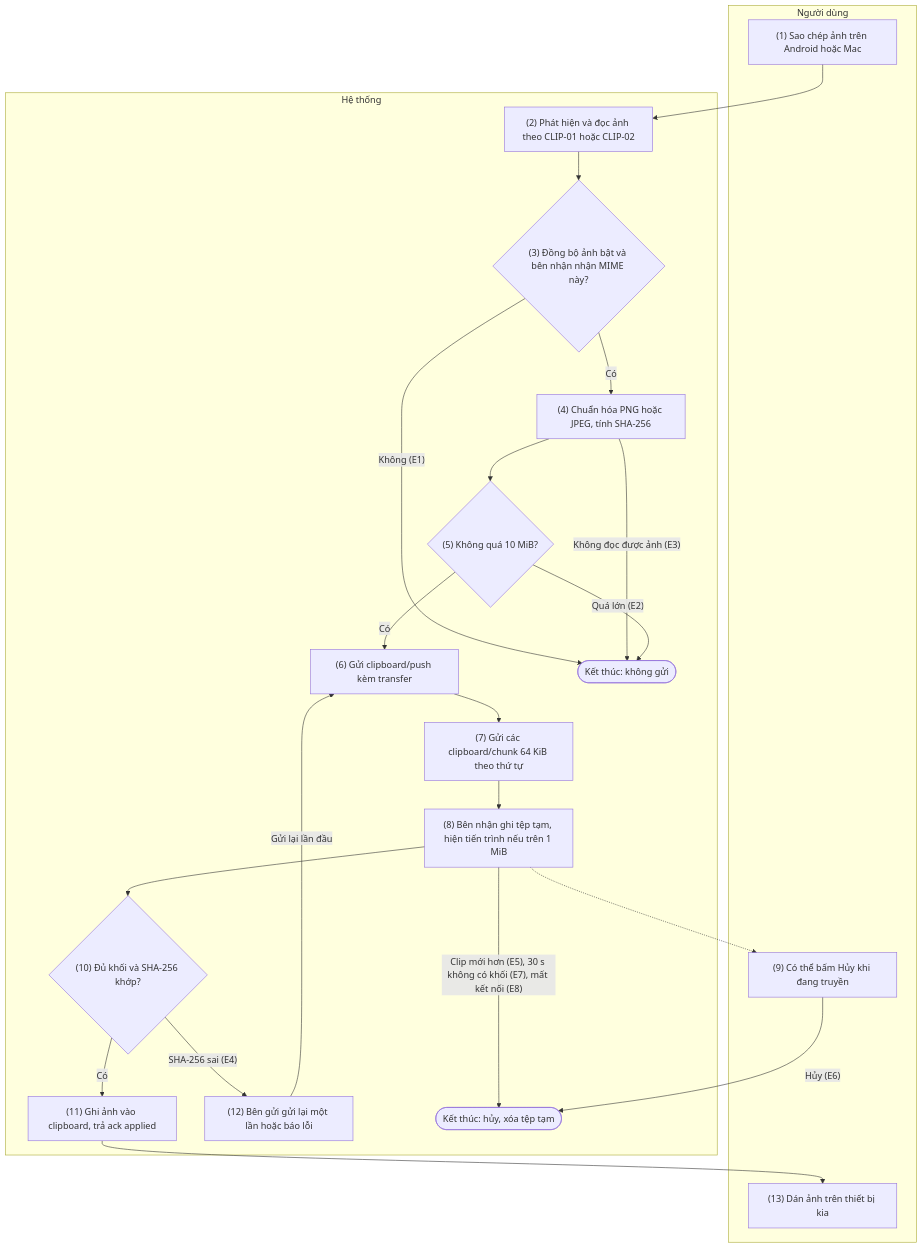
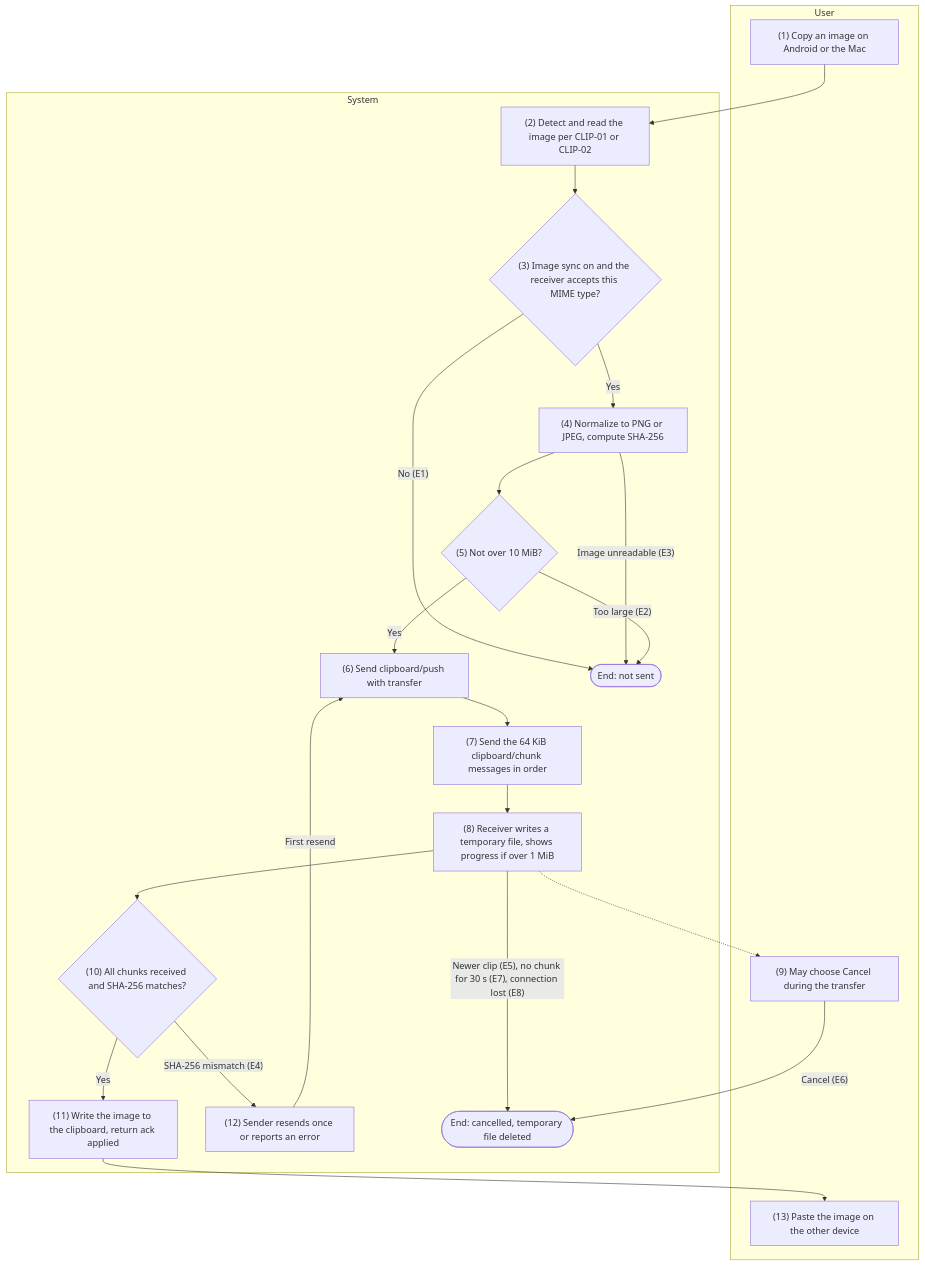
One commit to HandLive/handlive changed the third of 5 diagrams in docs/detailed-design/04-clipboard.md. Above: the diagram before and after it, drawn with Mermaid. The commit also changed other lines of this file and 1 other file, not shown here.

Commit message:
docs: translate docs/detailed-design/04-clipboard.md into English

````diff
--- a/docs/detailed-design/04-clipboard.md
+++ b/docs/detailed-design/04-clipboard.md
@@ -804,35 +821,35 @@
 ```mermaid
 flowchart TB
-  subgraph ND["Người dùng"]
-    U1["(1) Sao chép ảnh trên Android hoặc Mac"]
-    U9["(9) Có thể bấm Hủy khi đang truyền"]
-    U13["(13) Dán ảnh trên thiết bị kia"]
+  subgraph ND["User"]
+    U1["(1) Copy an image on Android or the Mac"]
+    U9["(9) May choose Cancel during the transfer"]
+    U13["(13) Paste the image on the other device"]
   end
-  subgraph HT["Hệ thống"]
-    S2["(2) Phát hiện và đọc ảnh theo CLIP-01 hoặc CLIP-02"]
-    D3{"(3) Đồng bộ ảnh bật và bên nhận nhận MIME này?"}
-    S4["(4) Chuẩn hóa PNG hoặc JPEG, tính SHA-256"]
-    D5{"(5) Không quá 10 MiB?"}
-    S6["(6) Gửi clipboard/push kèm transfer"]
-    S7["(7) Gửi các clipboard/chunk 64 KiB theo thứ tự"]
-    S8["(8) Bên nhận ghi tệp tạm, hiện tiến trình nếu trên 1 MiB"]
-    D10{"(10) Đủ khối và SHA-256 khớp?"}
-    S11["(11) Ghi ảnh vào clipboard, trả ack applied"]
-    S12["(12) Bên gửi gửi lại một lần hoặc báo lỗi"]
-    X1(["Kết thúc: không gửi"])
-    X2(["Kết thúc: hủy, xóa tệp tạm"])
+  subgraph HT["System"]
+    S2["(2) Detect and read the image per CLIP-01 or CLIP-02"]
+    D3{"(3) Image sync on and the receiver accepts this MIME type?"}
+    S4["(4) Normalize to PNG or JPEG, compute SHA-256"]
+    D5{"(5) Not over 10 MiB?"}
+    S6["(6) Send clipboard/push with transfer"]
+    S7["(7) Send the 64 KiB clipboard/chunk messages in order"]
+    S8["(8) Receiver writes a temporary file, shows progress if over 1 MiB"]
+    D10{"(10) All chunks received and SHA-256 matches?"}
+    S11["(11) Write the image to the clipboard, return ack applied"]
+    S12["(12) Sender resends once or reports an error"]
+    X1(["End: not sent"])
+    X2(["End: cancelled, temporary file deleted"])
   end
   U1 --> S2 --> D3
-  D3 -- "Không (E1)" --> X1
-  D3 -- "Có" --> S4
-  S4 -- "Không đọc được ảnh (E3)" --> X1
+  D3 -- "No (E1)" --> X1
+  D3 -- "Yes" --> S4
+  S4 -- "Image unreadable (E3)" --> X1
   S4 --> D5
-  D5 -- "Quá lớn (E2)" --> X1
-  D5 -- "Có" --> S6 --> S7 --> S8 --> D10
+  D5 -- "Too large (E2)" --> X1
+  D5 -- "Yes" --> S6 --> S7 --> S8 --> D10
   S8 -.-> U9
-  U9 -- "Hủy (E6)" --> X2
-  S8 -- "Clip mới hơn (E5), 30 s không có khối (E7), mất kết nối (E8)" --> X2
-  D10 -- "Có" --> S11 --> U13
-  D10 -- "SHA-256 sai (E4)" --> S12
-  S12 -- "Gửi lại lần đầu" --> S6
+  U9 -- "Cancel (E6)" --> X2
+  S8 -- "Newer clip (E5), no chunk for 30 s (E7), connection lost (E8)" --> X2
+  D10 -- "Yes" --> S11 --> U13
+  D10 -- "SHA-256 mismatch (E4)" --> S12
+  S12 -- "First resend" --> S6
 ```
````
